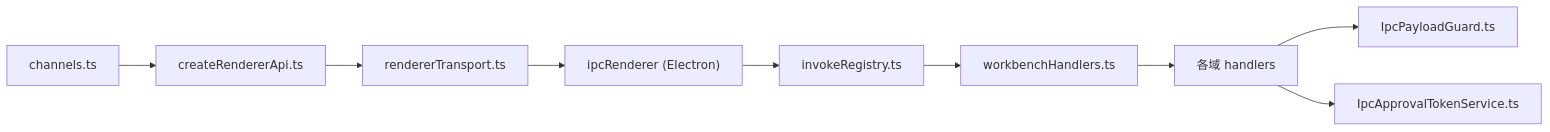
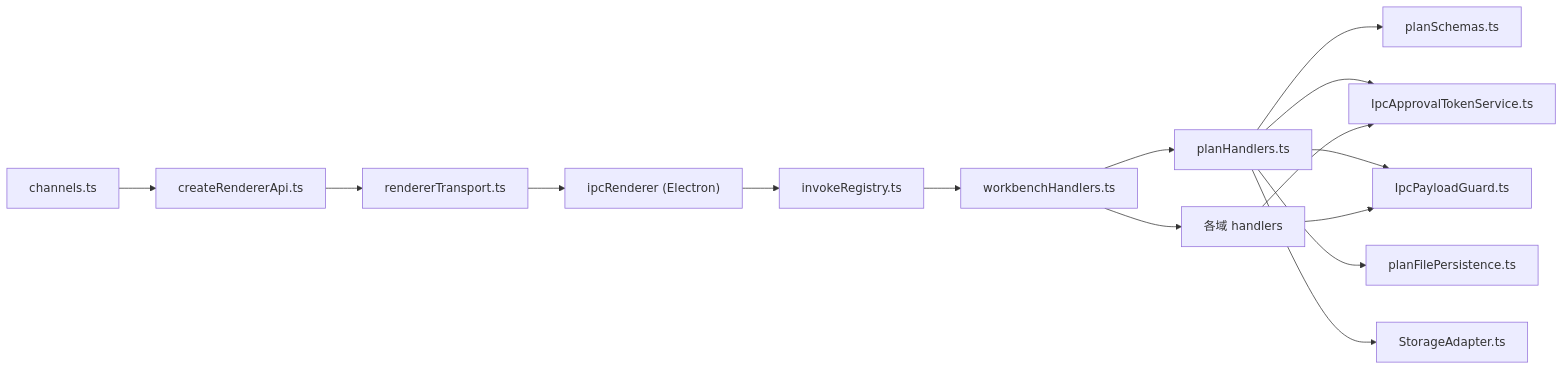
Before and after one commit to haolange/RDC-Agent: the ninth of 9 diagrams in .qoder/repowiki/zh/content/架构设计/渲染器架构/IPC 通信.md, drawn with Mermaid. The commit also changed other lines of this file and 208 other files, not shown here.

````diff
--- a/.qoder/repowiki/zh/content/架构设计/渲染器架构/IPC 通信.md
+++ b/.qoder/repowiki/zh/content/架构设计/渲染器架构/IPC 通信.md
@@ -310,11 +429,17 @@
 ```mermaid
 graph LR
 CH["channels.ts"] --> CRA["createRendererApi.ts"]
 CRA --> RT["rendererTransport.ts"]
 RT --> IR["ipcRenderer (Electron)"]
 IR --> REG["invokeRegistry.ts"]
 REG --> WB["workbenchHandlers.ts"]
+WB --> PH["planHandlers.ts"]
+PH --> PS["planSchemas.ts"]
+PH --> AUTH["IpcApprovalTokenService.ts"]
+PH --> VAL["IpcPayloadGuard.ts"]
+PH --> FS["planFilePersistence.ts"]
+PH --> SA["StorageAdapter.ts"]
 WB --> HND["各域 handlers"]
-HND --> VAL["IpcPayloadGuard.ts"]
-HND --> AUTH["IpcApprovalTokenService.ts"]
+HND --> VAL
+HND --> AUTH
 ```
````
